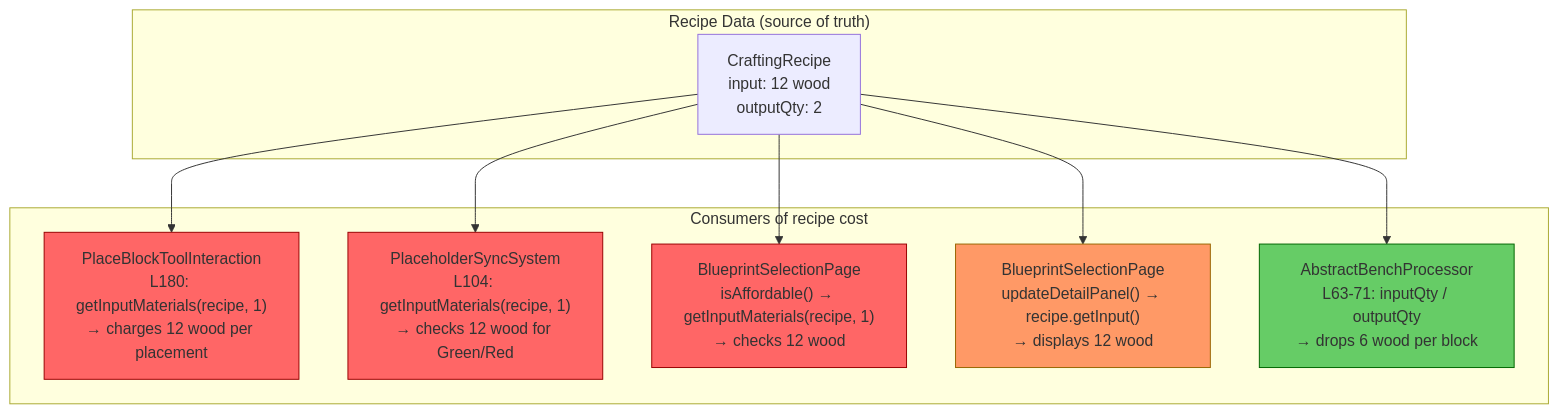
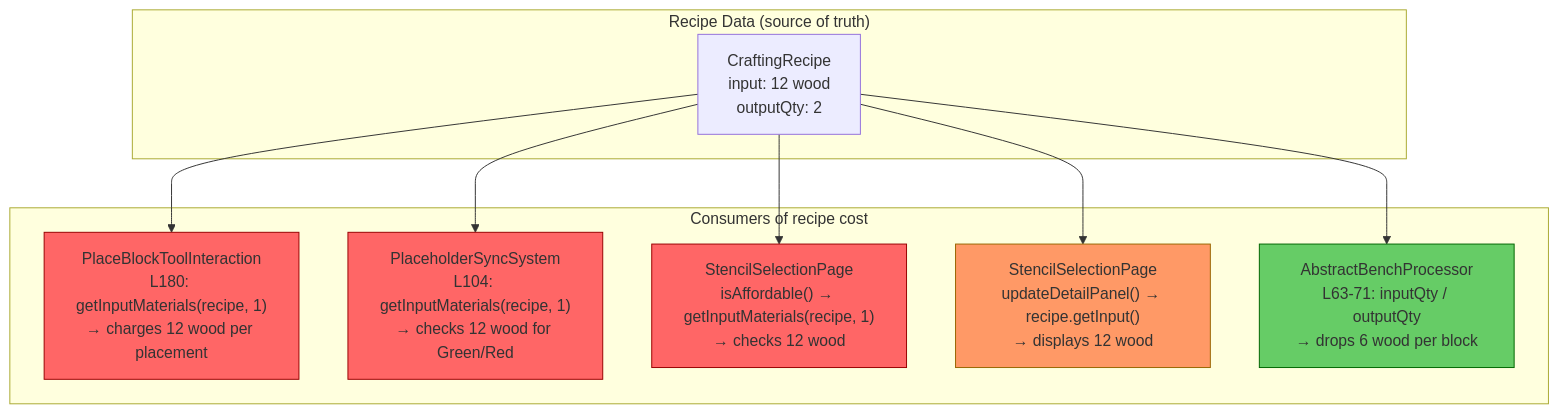
One commit to TheCodeCreature/Hytale-Example-Plugin changed the first of 2 diagrams in docs/review-output-quantity-cost.md. Above: the diagram before and after it, drawn with Mermaid. The commit also changed other lines of this file and 289 other files, not shown here.

````diff
--- a/docs/review-output-quantity-cost.md
+++ b/docs/review-output-quantity-cost.md
@@ -9,26 +9,26 @@
 ```mermaid
 graph TB
     subgraph "Recipe Data (source of truth)"
         R["CraftingRecipe\ninput: 12 wood\noutputQty: 2"]
     end
 
     subgraph "Consumers of recipe cost"
         A["PlaceBlockToolInteraction\nL180: getInputMaterials(recipe, 1)\n→ charges 12 wood per placement"]
         B["PlaceholderSyncSystem\nL104: getInputMaterials(recipe, 1)\n→ checks 12 wood for Green/Red"]
-        C["BlueprintSelectionPage\nisAffordable() → getInputMaterials(recipe, 1)\n→ checks 12 wood"]
-        D["BlueprintSelectionPage\nupdateDetailPanel() → recipe.getInput()\n→ displays 12 wood"]
+        C["StencilSelectionPage\nisAffordable() → getInputMaterials(recipe, 1)\n→ checks 12 wood"]
+        D["StencilSelectionPage\nupdateDetailPanel() → recipe.getInput()\n→ displays 12 wood"]
         E["AbstractBenchProcessor\nL63-71: inputQty / outputQty\n→ drops 6 wood per block"]
     end
 
     R --> A
     R --> B
     R --> C
     R --> D
     R --> E
 
     style A fill:#f66,stroke:#900
     style B fill:#f66,stroke:#900
     style C fill:#f66,stroke:#900
     style D fill:#f96,stroke:#960
     style E fill:#6c6,stroke:#060
 ```
````
